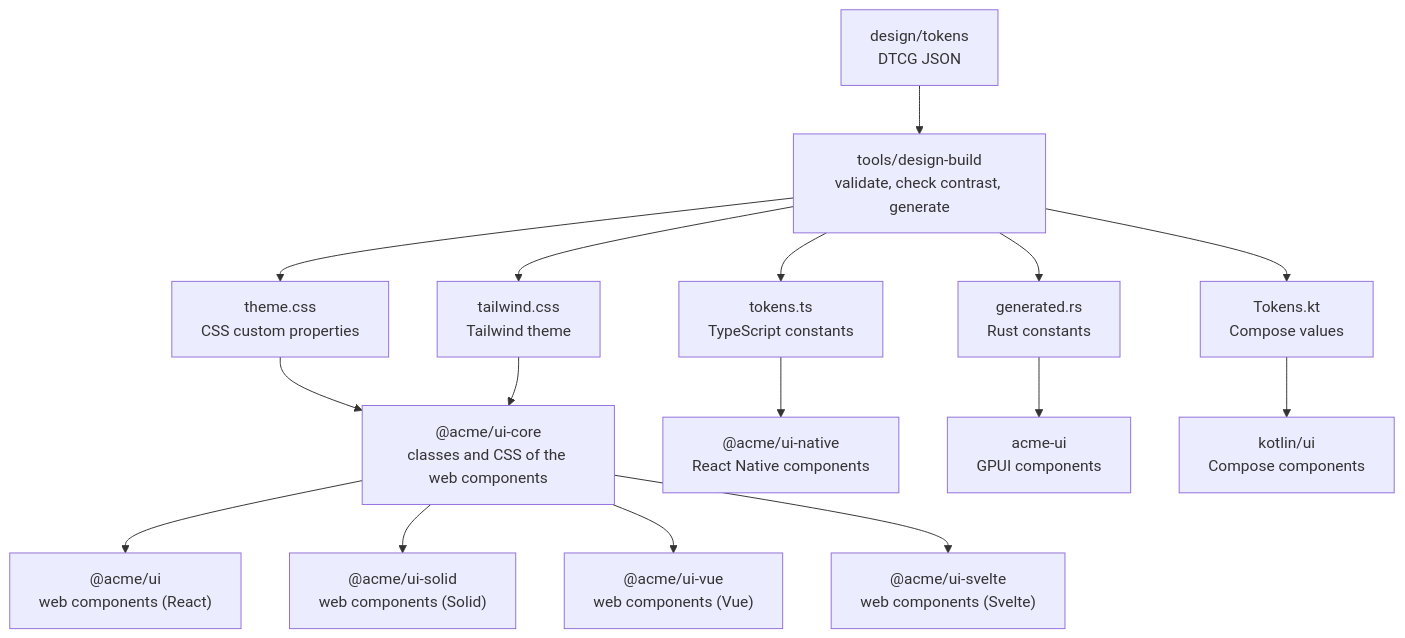
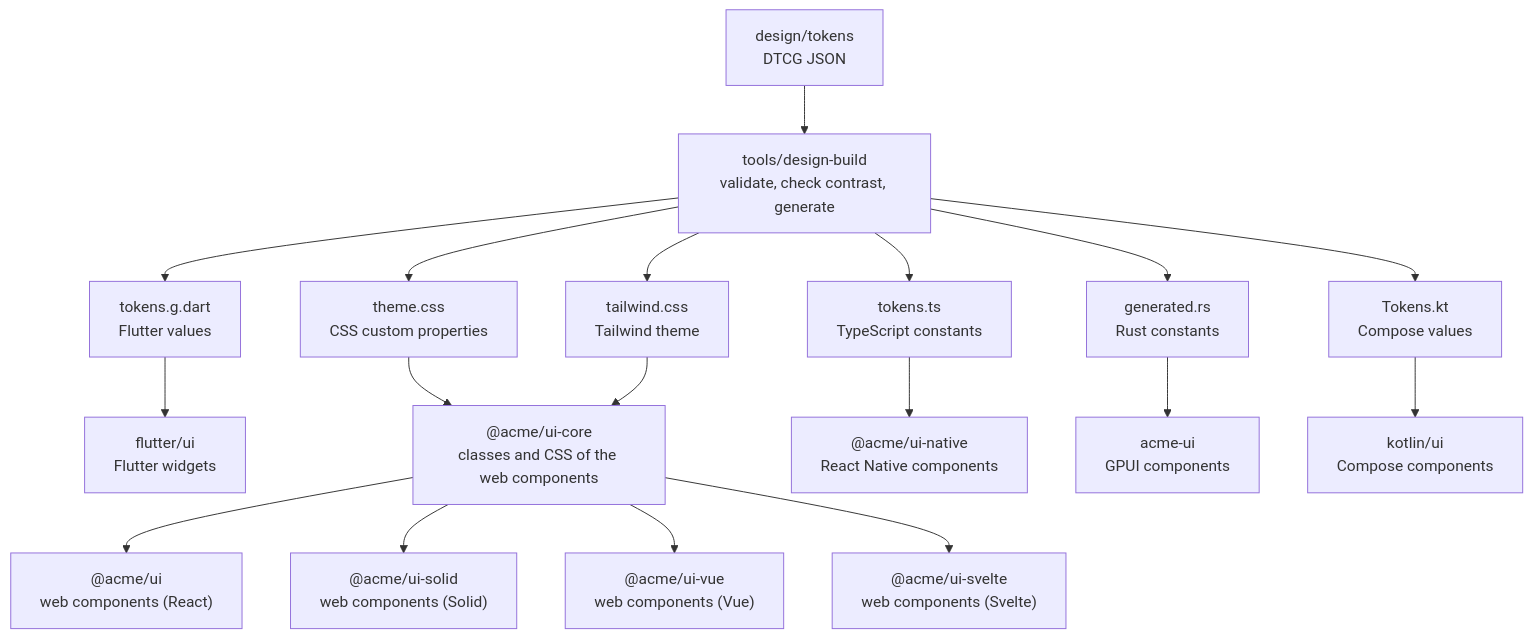
One commit to kjmin-dev/xds changed the first of 2 diagrams in docs/design-system.md. Above: the diagram before and after it, drawn with Mermaid. The commit also changed other lines of this file and 262 other files, not shown here.

First line of the commit message:
Add a Flutter mobile target with shared tokens, components and widget goldens (#49)

````diff
--- a/docs/design-system.md
+++ b/docs/design-system.md
@@ -14,22 +14,24 @@
 ```mermaid
 flowchart TD
   SRC["design/tokens<br/>DTCG JSON"]
   BUILD["tools/design-build<br/>validate, check contrast, generate"]
   SRC --> BUILD
 
   BUILD --> CSS["theme.css<br/>CSS custom properties"]
   BUILD --> TW["tailwind.css<br/>Tailwind theme"]
   BUILD --> TS["tokens.ts<br/>TypeScript constants"]
   BUILD --> RS["generated.rs<br/>Rust constants"]
+  BUILD --> DART["tokens.g.dart<br/>Flutter values"]
+  DART --> FLUTTER["flutter/ui<br/>Flutter widgets"]
   BUILD --> KT["Tokens.kt<br/>Compose values"]
 
   CSS --> CORE["@acme/ui-core<br/>classes and CSS of the web components"]
   TW --> CORE
   CORE --> WEB["@acme/ui<br/>web components (React)"]
   CORE --> SOLID["@acme/ui-solid<br/>web components (Solid)"]
   CORE --> VUE["@acme/ui-vue<br/>web components (Vue)"]
   CORE --> SVELTE["@acme/ui-svelte<br/>web components (Svelte)"]
   TS --> RN["@acme/ui-native<br/>React Native components"]
   RS --> UI["acme-ui<br/>GPUI components"]
   KT --> CMP["kotlin/ui<br/>Compose components"]
 ```
````
